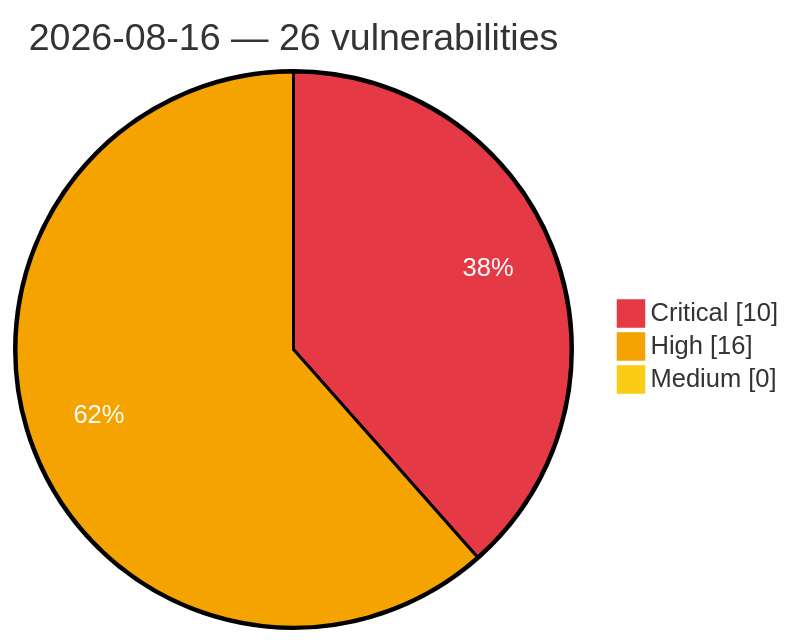
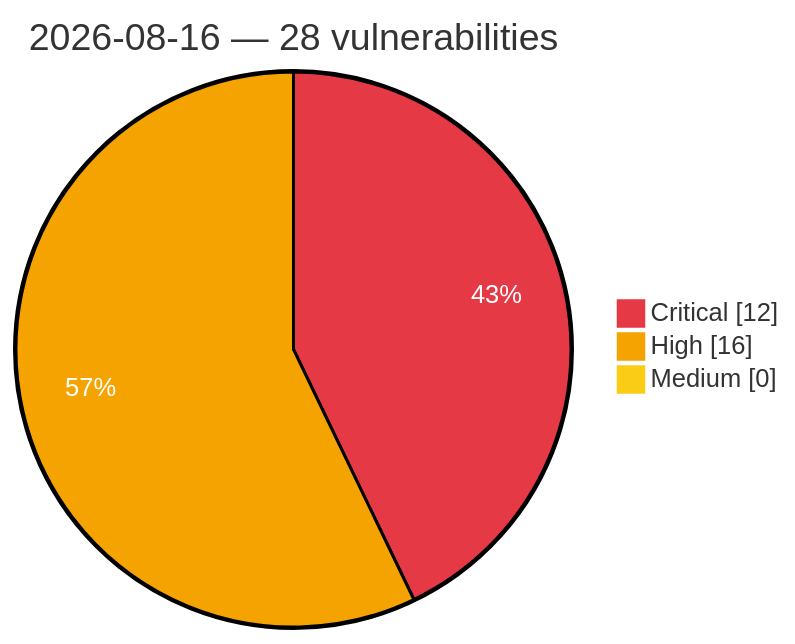
Before and after one commit to GhostX0X/vuln-tracker: the diagram in vulnerabilities/2026/August/2026-08-16.md, drawn with Mermaid. The commit also changed other lines of this file and 5 other files, not shown here.

````diff
--- a/vulnerabilities/2026/August/2026-08-16.md
+++ b/vulnerabilities/2026/August/2026-08-16.md
@@ -3,8 +3,8 @@
 ```mermaid
 %%{init: {'theme':'base', 'themeVariables': {'pie1':'#e63946', 'pie2':'#f4a300', 'pie3':'#facc15', 'pieOpacity':'1', 'pieOuterStrokeWidth':'2px', 'pieSectionTextColor':'#ffffff'}}}%%
 pie showData
-    title 2026-08-16 — 26 vulnerabilities
-    "Critical" : 10
+    title 2026-08-16 — 28 vulnerabilities
+    "Critical" : 12
     "High" : 16
     "Medium" : 0
 ```
````
